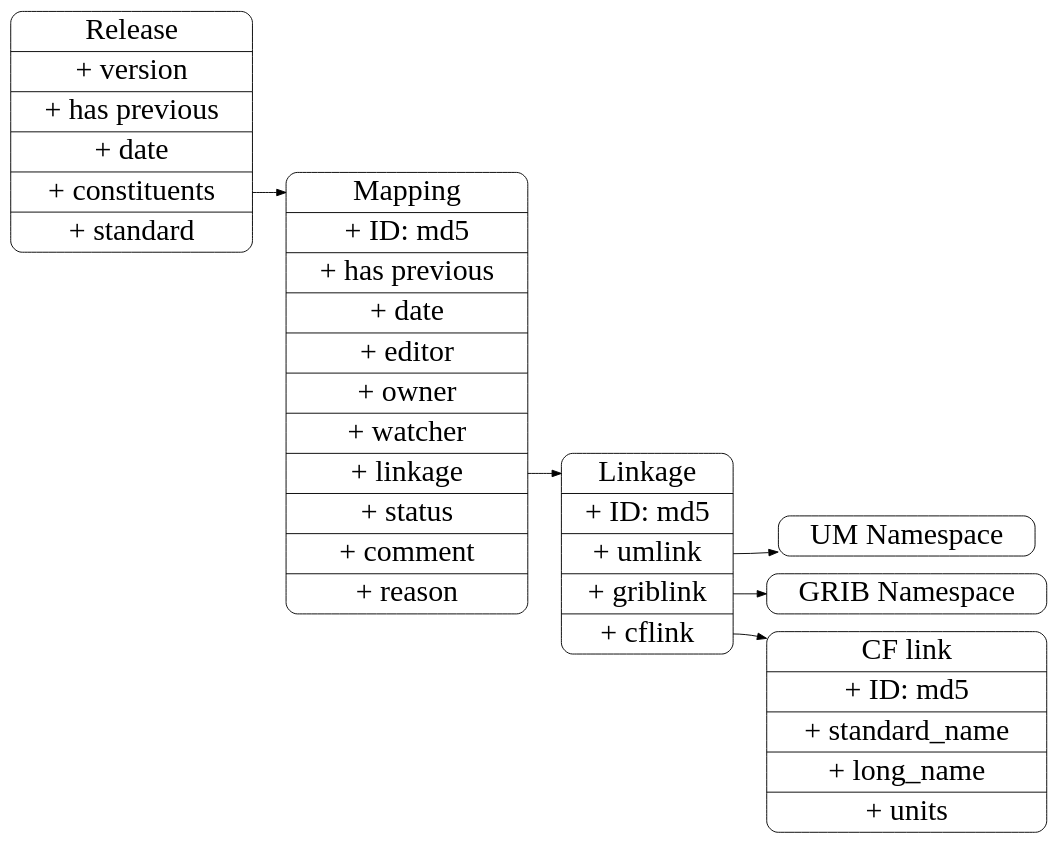
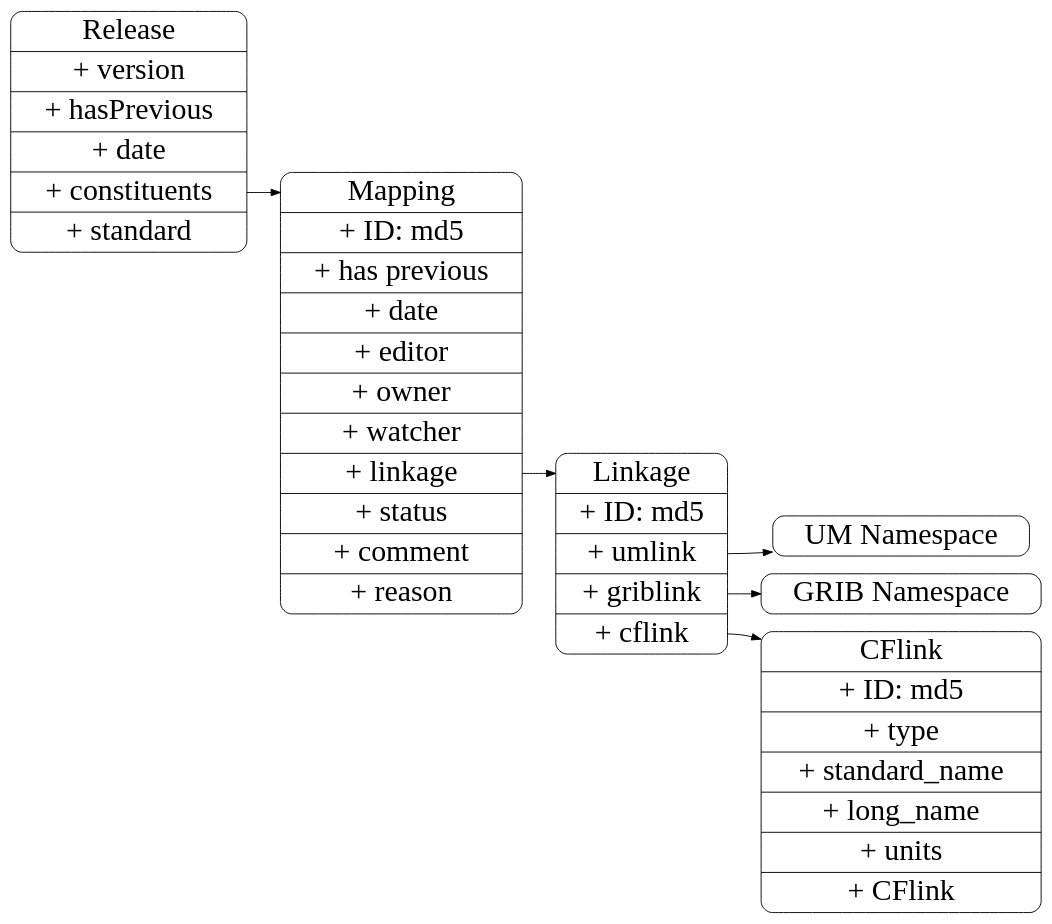
One commit to marqh/docs changed the diagram in source/developer/design/records.dot. Above: the diagram before and after it, drawn with Graphviz. The commit also changed 1 other file, not shown here.

```diff
--- a/source/developer/design/records.dot
+++ b/source/developer/design/records.dot
@@ -1,56 +1,56 @@
 digraph records {
 
 ## basic setup 
 
    	rankdir = LR;
         node [
         fontsize = 32,
         shape = Mrecord
         ];
 
         edge [
         fontsize = 24
         ];
 
 ## class definitions
 
    	cflink [
-	label = "<title> CF link |+ ID: md5 |<sn>+ standard_name |<ln>+ long_name |<units>+ units"
+	label = "<title> CFlink |+ ID: md5 |<type>+ type |<sn>+ standard_name |<ln>+ long_name |<units>+ units|<cflink>+ CFlink"
 	];
 
         linkage [
 	label = "<title> Linkage |+ ID: md5 |<umlink>+ umlink |<griblink>+ griblink |<cflink>+ cflink "
 	];
 
 	mapping [
 	label = "<title> Mapping |+ ID: md5 |+ has previous |+ date |+ editor |+ owner |+ watcher |<plink>+ linkage|+ status |+ comment|+ reason"
 	];
 
 	release [
-	label = "<title> Release |+ version|+ has previous|+ date|<con>+ constituents|+ standard"
+	label = "<title> Release |+ version|+ hasPrevious|+ date|<con>+ constituents|+ standard"
 	];
 
 
 	um [
 	label = "UM Namespace"
 	];
 
 	grib [
 	label = "GRIB Namespace"
 	];
 
 
 
 ## relations
 
 	mapping:plink -> linkage:title;
 
 	release:con -> mapping:title
 
 	linkage:umlink -> um
 
 	linkage:griblink -> grib
 
 	linkage:cflink -> cflink
 
 }
```
